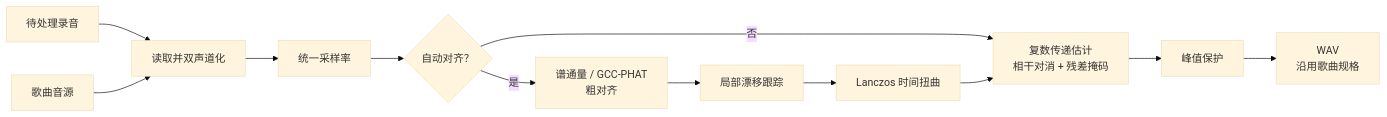
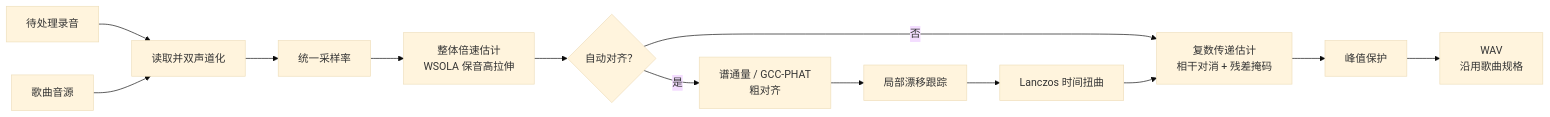
Before and after one commit to ChouChiu/Purivox: the diagram in docs/reference-removal.md, drawn with Mermaid (base theme). The commit also changed other lines of this file and 39 other files, not shown here.

````diff
--- a/docs/reference-removal.md
+++ b/docs/reference-removal.md
@@ -52,14 +52,15 @@
 ```mermaid
 flowchart LR
     mix["待处理录音"] --> read["读取并双声道化"]
     ref["歌曲音源"] --> read
     read --> rate["统一采样率"]
-    rate --> enabled{"自动对齐？"}
+    rate --> tempo["整体倍速估计<br/>WSOLA 保音高拉伸"]
+    tempo --> enabled{"自动对齐？"}
     enabled -->|是| coarse["谱通量 / GCC-PHAT<br/>粗对齐"]
     coarse --> drift["局部漂移跟踪"]
     drift --> warp["Lanczos 时间扭曲"]
     enabled -->|否| mask["复数传递估计<br/>相干对消 + 残差掩码"]
     warp --> mask
     mask --> protect["峰值保护"]
     protect --> output["WAV<br/>沿用歌曲规格"]
 ```
````
